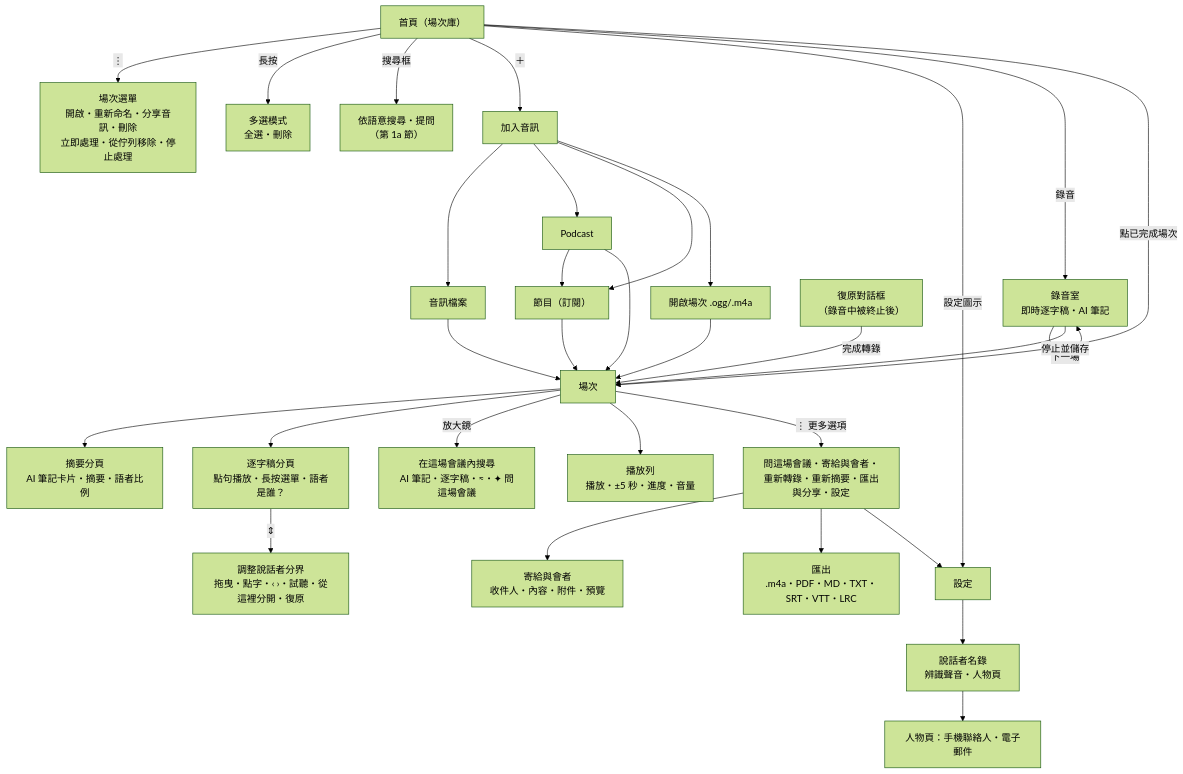
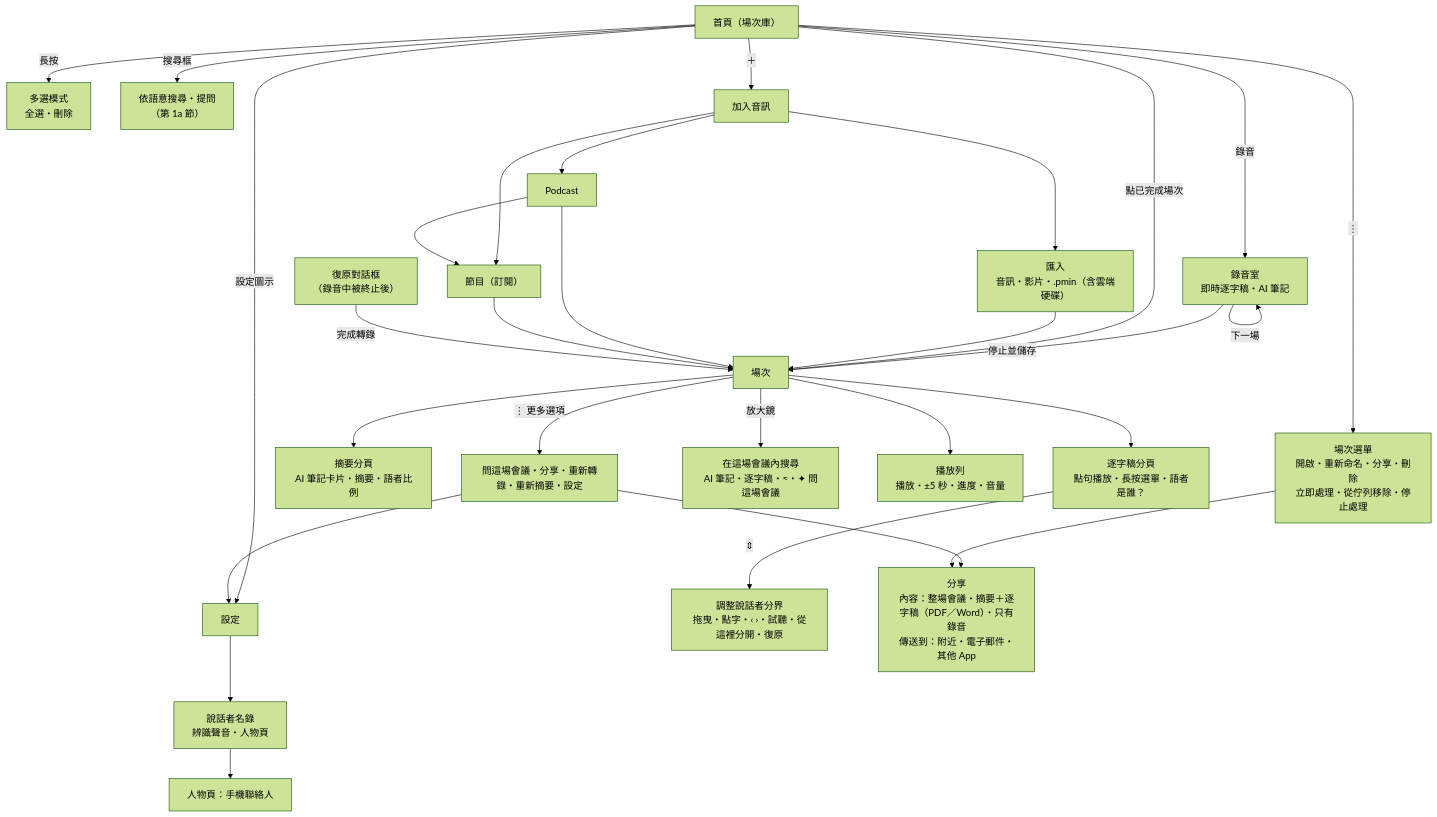
Before and after one commit to vieenrose/PrimeMinutes: the diagram in docs/USER_GUIDE.md, drawn with Mermaid (forest theme). The commit also changed other lines of this file and 22 other files, not shown here.

First line of the commit message:
docs(android): Share sheet guide (what/where, PDF|Word), import from the cloud (#7), background episode check

````diff
--- a/docs/USER_GUIDE.md
+++ b/docs/USER_GUIDE.md
@@ -12,34 +12,32 @@
 ```mermaid
 flowchart TD
     Home["首頁（場次庫）"]
-    Home -->|"⋮"| RowMenu["場次選單<br/>開啟・重新命名・分享音訊・刪除<br/>立即處理・從佇列移除・停止處理"]
+    Home -->|"⋮"| RowMenu["場次選單<br/>開啟・重新命名・分享・刪除<br/>立即處理・從佇列移除・停止處理"]
     Home -->|長按| Select["多選模式<br/>全選・刪除"]
     Home -->|搜尋框| Search["依語意搜尋・提問<br/>（第 1a 節）"]
     Home -->|＋| Add["加入音訊"]
-    Add --> File["音訊檔案"]
+    Add --> File["匯入<br/>音訊・影片・.pmin（含雲端硬碟）"]
     Add --> Podcast["Podcast"]
     Add --> Shows["節目（訂閱）"]
     Podcast --> Shows
-    Add --> Open["開啟場次 .ogg/.m4a"]
     Home -->|設定圖示| Settings["設定"]
     Home -->|錄音| Booth["錄音室<br/>即時逐字稿・AI 筆記"]
     Booth -->|下一場| Booth
     Booth -->|停止並儲存| Session
     Home -->|點已完成場次| Session["場次"]
     File --> Session
     Podcast --> Session
     Shows --> Session
-    Open --> Session
     Session --> Summary["摘要分頁<br/>AI 筆記卡片・摘要・語者比例"]
     Settings --> People["說話者名錄<br/>辨識聲音・人物頁"]
-    People --> Contact["人物頁：手機聯絡人・電子郵件"]
+    People --> Contact["人物頁：手機聯絡人"]
     Session --> Transcript["逐字稿分頁<br/>點句播放・長按選單・語者是誰？"]
     Session -->|"放大鏡"| InSearch["在這場會議內搜尋<br/>AI 筆記・逐字稿・≈・✦ 問這場會議"]
     Transcript -->|"⇕"| Boundary["調整說話者分界<br/>拖曳・點字・‹ ›・試聽・從這裡分開・復原"]
     Session --> Player["播放列<br/>播放・±5 秒・進度・音量"]
-    Session -->|"⋮ 更多選項"| More["問這場會議・寄給與會者・重新轉錄・重新摘要・匯出與分享・設定"]
-    More --> Mail["寄給與會者<br/>收件人・內容・附件・預覽"]
-    More --> Export["匯出<br/>.m4a・PDF・MD・TXT・SRT・VTT・LRC"]
+    Session -->|"⋮ 更多選項"| More["問這場會議・分享・重新轉錄・重新摘要・設定"]
+    More --> Share["分享<br/>內容：整場會議・摘要＋逐字稿（PDF／Word）・只有錄音<br/>傳送到：附近・電子郵件・其他 App"]
+    RowMenu --> Share
     More --> Settings
     Recovery["復原對話框<br/>（錄音中被終止後）"] -->|完成轉錄| Session
 ```
````
